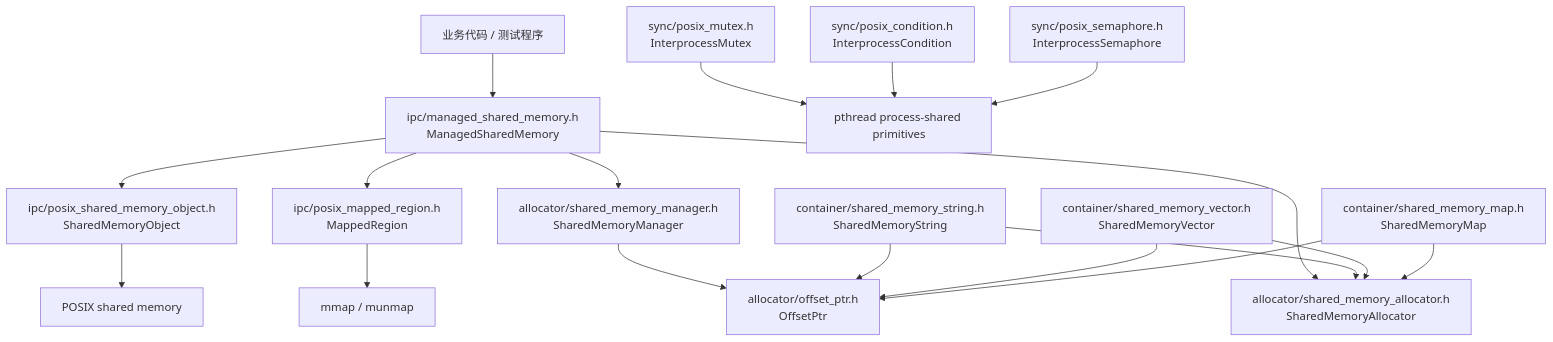
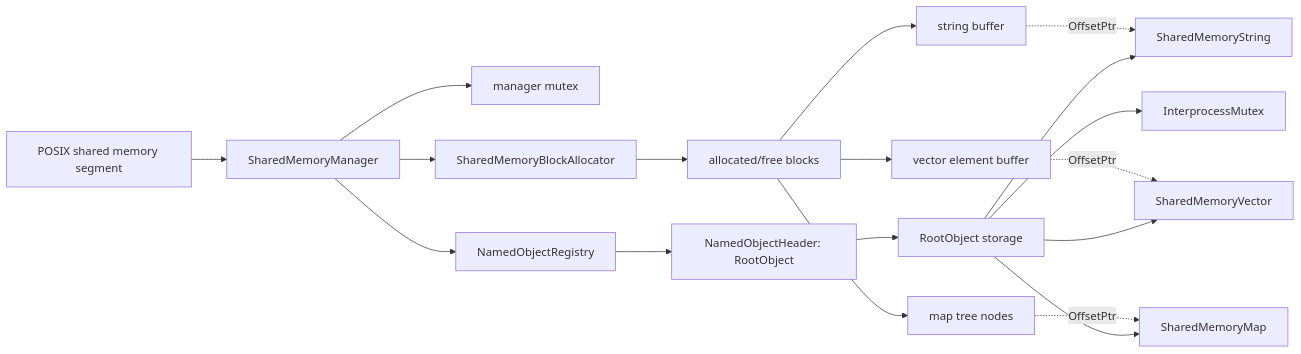
Before and after one commit to silencewings1/shm_next: the second of 7 diagrams in README.md, drawn with Mermaid. The commit also changed other lines of this file and 8 other files, not shown here.

````diff
--- a/README.md
+++ b/README.md
@@ -82,24 +137,23 @@
 ```mermaid
-flowchart TD
-    A["业务代码 / 测试程序"] --> B["ipc/managed_shared_memory.h<br/>ManagedSharedMemory"]
-    B --> C["ipc/posix_shared_memory_object.h<br/>SharedMemoryObject"]
-    B --> D["ipc/posix_mapped_region.h<br/>MappedRegion"]
-    B --> E["allocator/shared_memory_manager.h<br/>SharedMemoryManager"]
-    B --> F["allocator/shared_memory_allocator.h<br/>SharedMemoryAllocator<T>"]
+flowchart LR
+    Segment["POSIX shared memory segment"] --> Header["SharedMemoryManager"]
+    Header --> Mutex["manager mutex"]
+    Header --> Allocator["SharedMemoryBlockAllocator"]
+    Header --> Registry["NamedObjectRegistry"]
 
-    G["container/shared_memory_string.h<br/>SharedMemoryString"] --> F
-    H["container/shared_memory_vector.h<br/>SharedMemoryVector<T>"] --> F
-    I["container/shared_memory_map.h<br/>SharedMemoryMap<K,V>"] --> F
+    Registry --> NameA["NamedObjectHeader: RootObject"]
+    NameA --> Root["RootObject storage"]
+    Root --> UserMutex["InterprocessMutex"]
+    Root --> String["SharedMemoryString"]
+    Root --> Vector["SharedMemoryVector"]
+    Root --> Map["SharedMemoryMap"]
 
-    E --> J["allocator/offset_ptr.h<br/>OffsetPtr<T>"]
-    G --> J
-    H --> J
-    I --> J
+    Allocator --> Blocks["allocated/free blocks"]
+    Blocks --> StringBuffer["string buffer"]
+    Blocks --> VectorBuffer["vector element buffer"]
+    Blocks --> MapNodes["map tree nodes"]
 
-    K["sync/posix_mutex.h<br/>InterprocessMutex"] --> L["pthread process-shared primitives"]
-    M["sync/posix_condition.h<br/>InterprocessCondition"] --> L
-    N["sync/posix_semaphore.h<br/>InterprocessSemaphore"] --> L
-
-    C --> O["POSIX shared memory"]
-    D --> P["mmap / munmap"]
+    StringBuffer -. "OffsetPtr" .-> String
+    VectorBuffer -. "OffsetPtr" .-> Vector
+    MapNodes -. "OffsetPtr" .-> Map
 ```
````
